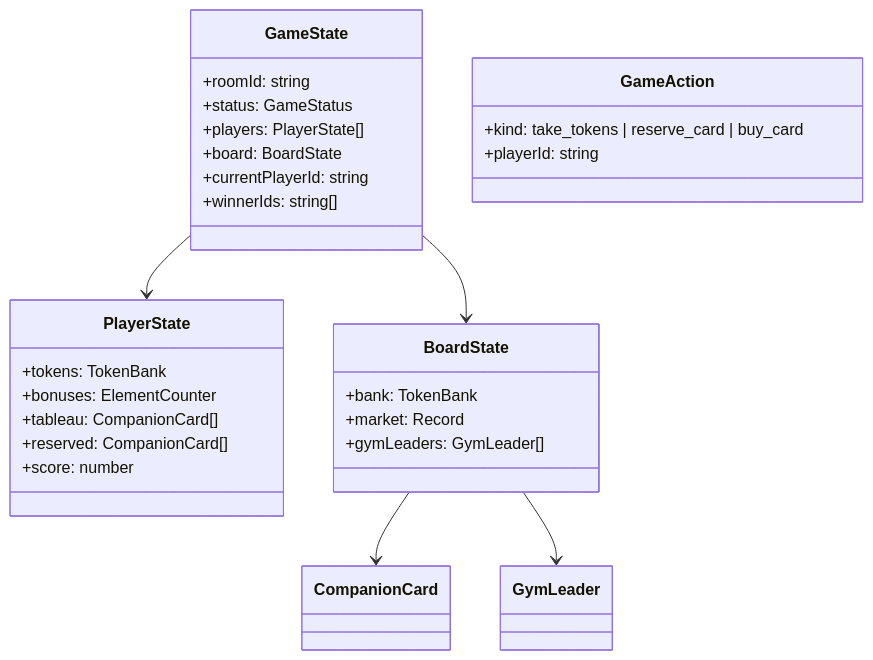
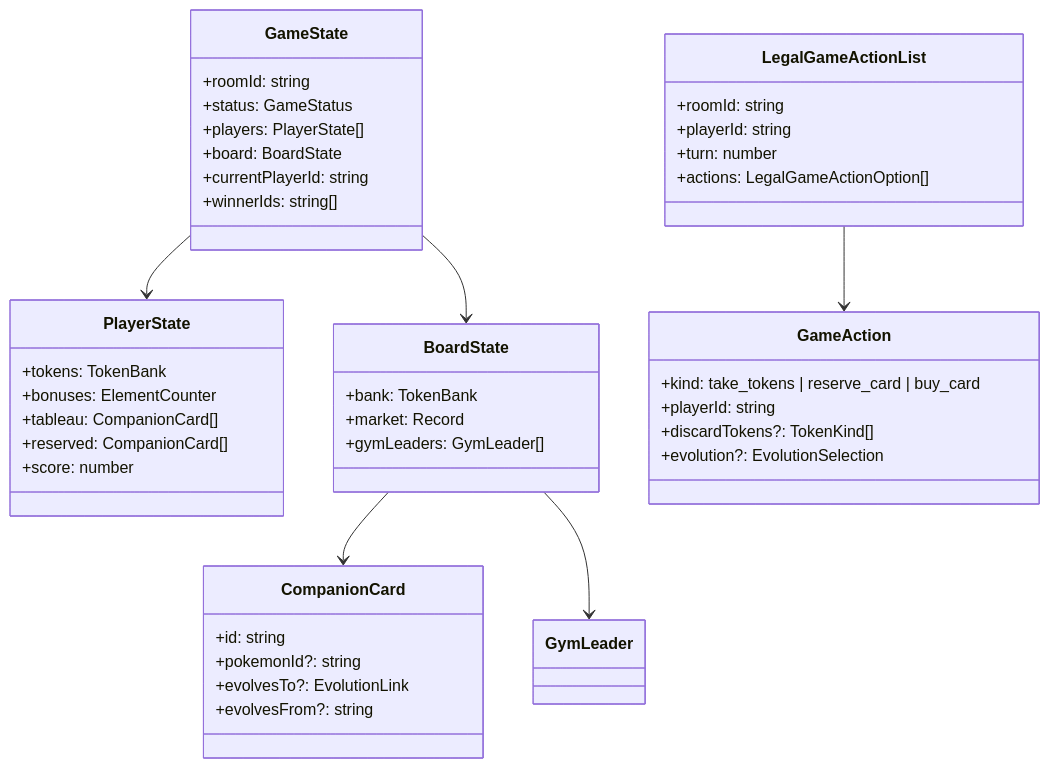
The second of 4 diagrams in docs/模块设计/01-游戏引擎与房间同步.md (Lyinsun/splendor-ts), drawn with Mermaid before and after one commit. The commit also changed other lines of this file and 33 other files, not shown here.

````diff
--- a/docs/模块设计/01-游戏引擎与房间同步.md
+++ b/docs/模块设计/01-游戏引擎与房间同步.md
@@ -21,31 +25,46 @@
 ```mermaid
 classDiagram
     class GameState {
         +roomId: string
         +status: GameStatus
         +players: PlayerState[]
         +board: BoardState
         +currentPlayerId: string
         +winnerIds: string[]
     }
     class PlayerState {
         +tokens: TokenBank
         +bonuses: ElementCounter
         +tableau: CompanionCard[]
         +reserved: CompanionCard[]
         +score: number
     }
+    class CompanionCard {
+        +id: string
+        +pokemonId?: string
+        +evolvesTo?: EvolutionLink
+        +evolvesFrom?: string
+    }
     class BoardState {
         +bank: TokenBank
         +market: Record<CardTier, CompanionCard[]>
         +gymLeaders: GymLeader[]
     }
     class GameAction {
         +kind: take_tokens | reserve_card | buy_card
         +playerId: string
+        +discardTokens?: TokenKind[]
+        +evolution?: EvolutionSelection
+    }
+    class LegalGameActionList {
+        +roomId: string
+        +playerId: string
+        +turn: number
+        +actions: LegalGameActionOption[]
     }
     GameState --> PlayerState
     GameState --> BoardState
     BoardState --> CompanionCard
     BoardState --> GymLeader
+    LegalGameActionList --> GameAction
 ```
````
